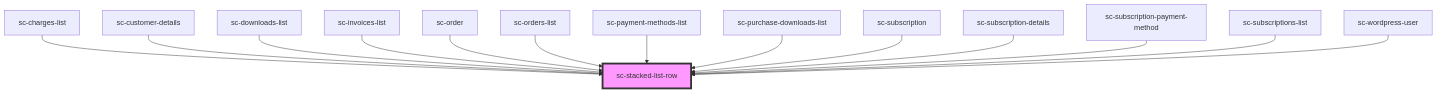
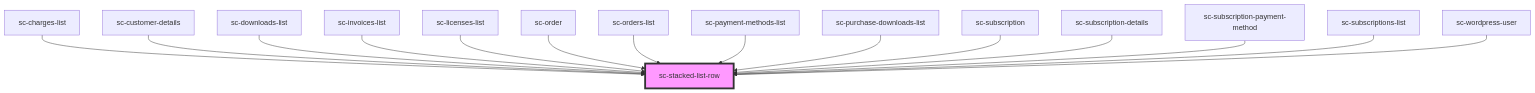
The diagram in packages/components/src/components/ui/stacked-list-row/readme.md (surecart/surecart-wp-plugin), drawn with Mermaid before and after one commit. The commit also changed other lines of this file and 17 other files, not shown here.

````diff
--- a/packages/components/src/components/ui/stacked-list-row/readme.md
+++ b/packages/components/src/components/ui/stacked-list-row/readme.md
@@ -43,17 +44,18 @@
 ```mermaid
 graph TD;
   sc-charges-list --> sc-stacked-list-row
   sc-customer-details --> sc-stacked-list-row
   sc-downloads-list --> sc-stacked-list-row
   sc-invoices-list --> sc-stacked-list-row
+  sc-licenses-list --> sc-stacked-list-row
   sc-order --> sc-stacked-list-row
   sc-orders-list --> sc-stacked-list-row
   sc-payment-methods-list --> sc-stacked-list-row
   sc-purchase-downloads-list --> sc-stacked-list-row
   sc-subscription --> sc-stacked-list-row
   sc-subscription-details --> sc-stacked-list-row
   sc-subscription-payment-method --> sc-stacked-list-row
   sc-subscriptions-list --> sc-stacked-list-row
   sc-wordpress-user --> sc-stacked-list-row
   style sc-stacked-list-row fill:#f9f,stroke:#333,stroke-width:4px
 ```
````
